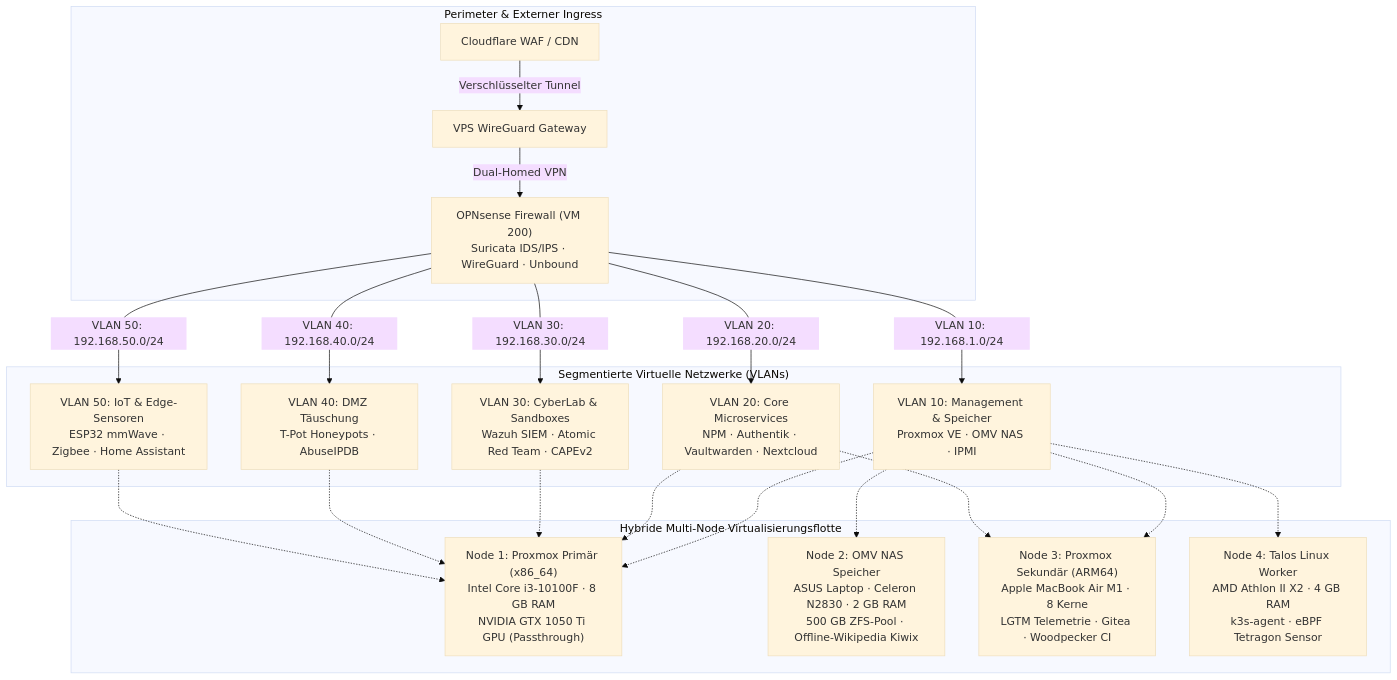
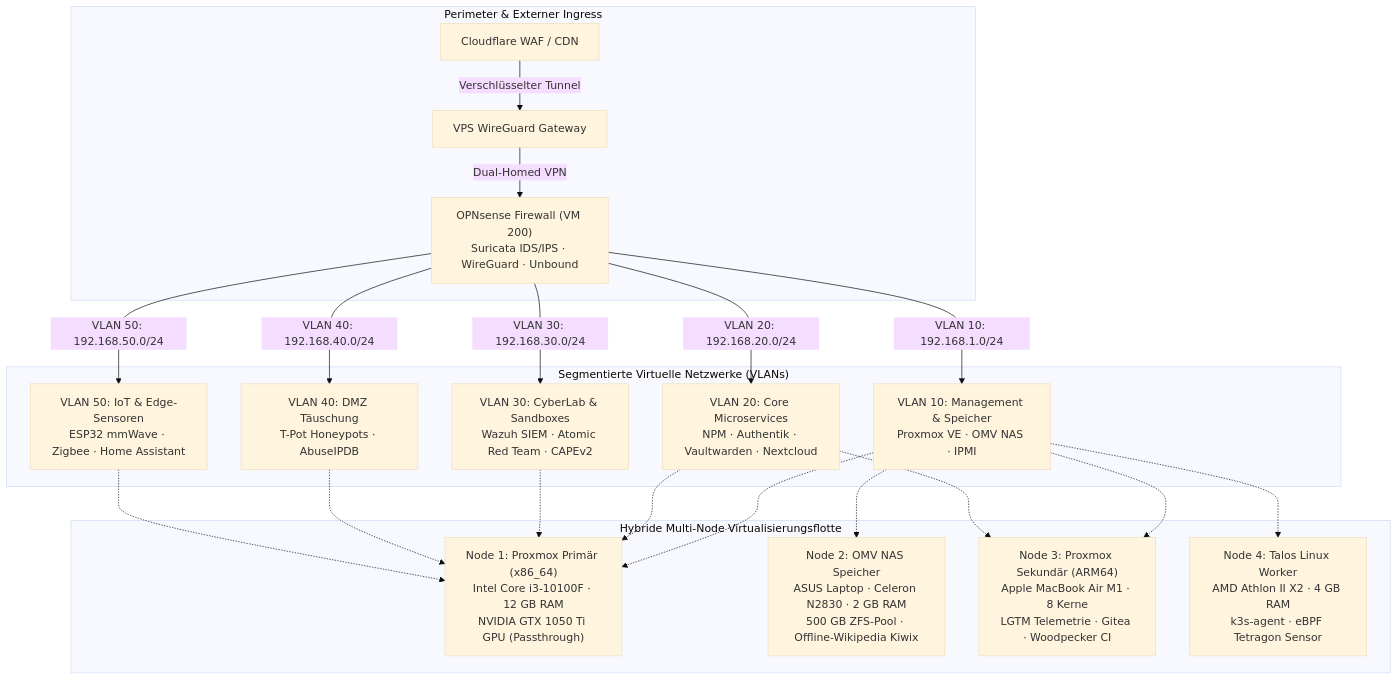
The second of 4 diagrams in README.de.md (stefanutc1/datacenter), drawn with Mermaid (base theme) before and after one commit. The commit also changed other lines of this file and 10 other files, not shown here.

Commit message:
docs(hardware): update Node 1 primary hypervisor memory from 8GB to 12GB DDR4 RAM and ZRAM to 6.0GB across all READMEs and architecture specs

````diff
--- a/README.de.md
+++ b/README.de.md
@@ -73,28 +73,28 @@
 ```mermaid
 flowchart TB
     subgraph WAN_Edge["Perimeter & Externer Ingress"]
         CF["Cloudflare WAF / CDN"] -->|"Verschlüsselter Tunnel"| VPS["VPS WireGuard Gateway"]
         VPS -->|"Dual-Homed VPN"| OPN["OPNsense Firewall (VM 200)<br/>Suricata IDS/IPS · WireGuard · Unbound"]
     end
 
     subgraph Network_VLANs["Segmentierte Virtuelle Netzwerke (VLANs)"]
         OPN -->|"VLAN 10: 192.168.1.0/24"| V10["VLAN 10: Management & Speicher<br/>Proxmox VE · OMV NAS · IPMI"]
         OPN -->|"VLAN 20: 192.168.20.0/24"| V20["VLAN 20: Core Microservices<br/>NPM · Authentik · Vaultwarden · Nextcloud"]
         OPN -->|"VLAN 30: 192.168.30.0/24"| V30["VLAN 30: CyberLab & Sandboxes<br/>Wazuh SIEM · Atomic Red Team · CAPEv2"]
         OPN -->|"VLAN 40: 192.168.40.0/24"| V40["VLAN 40: DMZ Täuschung<br/>T-Pot Honeypots · AbuseIPDB"]
         OPN -->|"VLAN 50: 192.168.50.0/24"| V50["VLAN 50: IoT & Edge-Sensoren<br/>ESP32 mmWave · Zigbee · Home Assistant"]
     end
 
     subgraph Compute_Layer["Hybride Multi-Node Virtualisierungsflotte"]
-        Node1["Node 1: Proxmox Primär (x86_64)<br/>Intel Core i3-10100F · 8 GB RAM<br/>NVIDIA GTX 1050 Ti GPU (Passthrough)"]
+        Node1["Node 1: Proxmox Primär (x86_64)<br/>Intel Core i3-10100F · 12 GB RAM<br/>NVIDIA GTX 1050 Ti GPU (Passthrough)"]
         Node2["Node 2: OMV NAS Speicher<br/>ASUS Laptop · Celeron N2830 · 2 GB RAM<br/>500 GB ZFS-Pool · Offline-Wikipedia Kiwix"]
         Node3["Node 3: Proxmox Sekundär (ARM64)<br/>Apple MacBook Air M1 · 8 Kerne<br/>LGTM Telemetrie · Gitea · Woodpecker CI"]
         Node4["Node 4: Talos Linux Worker<br/>AMD Athlon II X2 · 4 GB RAM<br/>k3s-agent · eBPF Tetragon Sensor"]
     end
 
     V10 -.-> Node1 & Node2 & Node3 & Node4
     V20 -.-> Node1 & Node3
     V30 -.-> Node1
     V40 -.-> Node1
     V50 -.-> Node1
 ```
````
